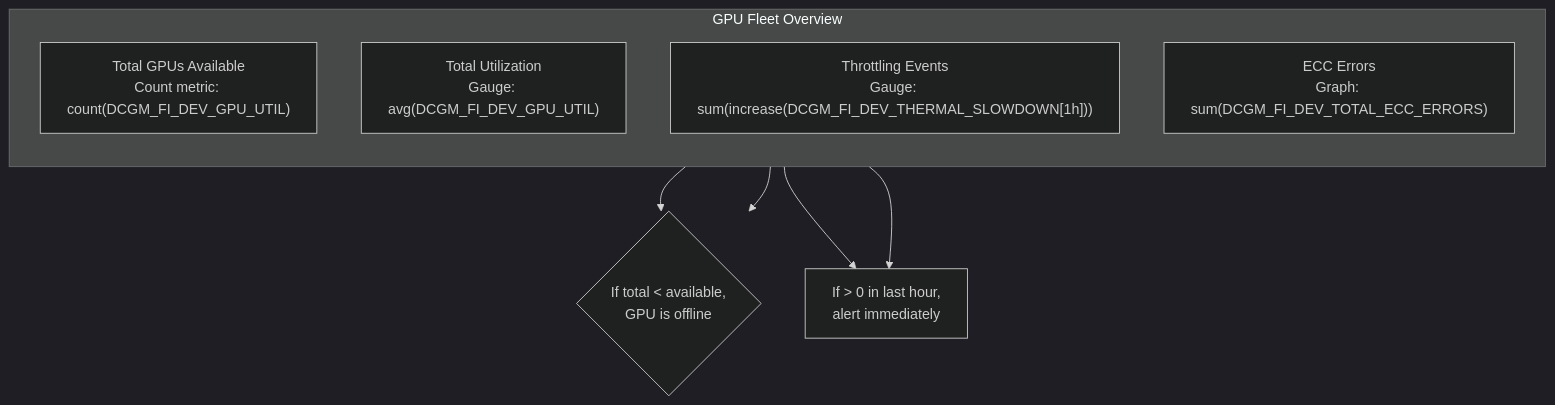
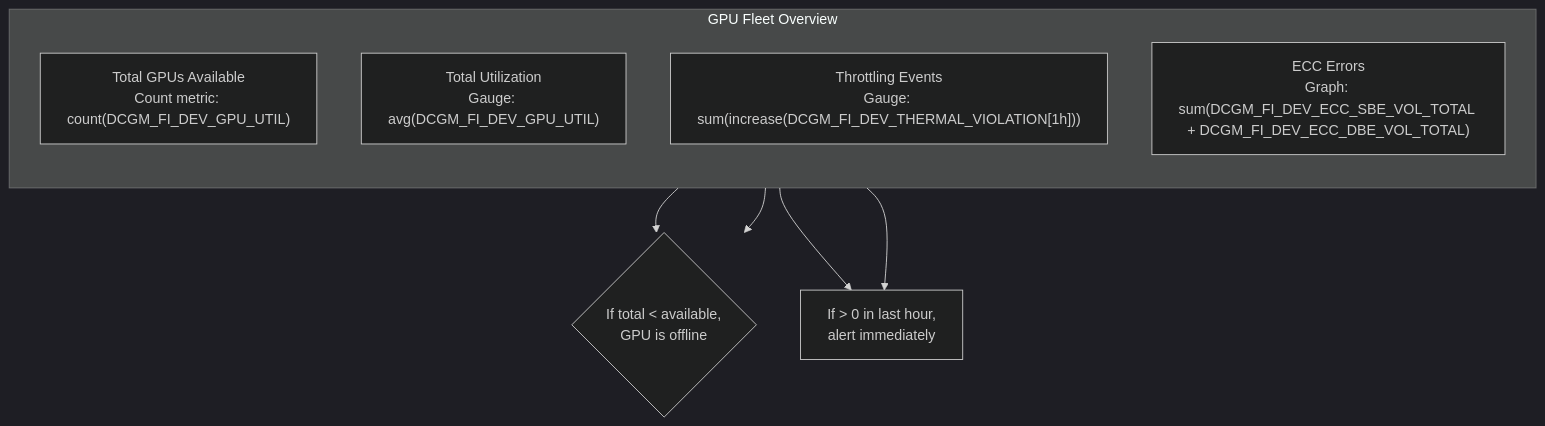
The second of 2 diagrams in docs/nvidia-zero-to-hero/volume-16/chapter-05-prometheus-grafana-and-observability-dashboards.md (jithinpnjm/nvidia-devops), drawn with Mermaid (dark theme) before and after one commit. The commit also changed other lines of this file and 11 other files, not shown here.

````diff
--- a/docs/nvidia-zero-to-hero/volume-16/chapter-05-prometheus-grafana-and-observability-dashboards.md
+++ b/docs/nvidia-zero-to-hero/volume-16/chapter-05-prometheus-grafana-and-observability-dashboards.md
@@ -109,15 +109,15 @@
 ```mermaid
 flowchart TB
     subgraph Cluster["GPU Fleet Overview"]
         direction TB
         TG["Total GPUs Available<br/>Count metric: count(DCGM_FI_DEV_GPU_UTIL)"]
         TU["Total Utilization<br/>Gauge: avg(DCGM_FI_DEV_GPU_UTIL)"]
-        TR["Throttling Events<br/>Gauge: sum(increase(DCGM_FI_DEV_THERMAL_SLOWDOWN[1h]))"]
-        TE["ECC Errors<br/>Graph: sum(DCGM_FI_DEV_TOTAL_ECC_ERRORS)"]
+        TR["Throttling Events<br/>Gauge: sum(increase(DCGM_FI_DEV_THERMAL_VIOLATION[1h]))"]
+        TE["ECC Errors<br/>Graph: sum(DCGM_FI_DEV_ECC_SBE_VOL_TOTAL + DCGM_FI_DEV_ECC_DBE_VOL_TOTAL)"]
     end
     
     TG --> Status{"If total < available,<br/>GPU is offline"}
     TU --> Status
     TR --> Alert["If > 0 in last hour,<br/>alert immediately"]
     TE --> Alert
 ```
````
